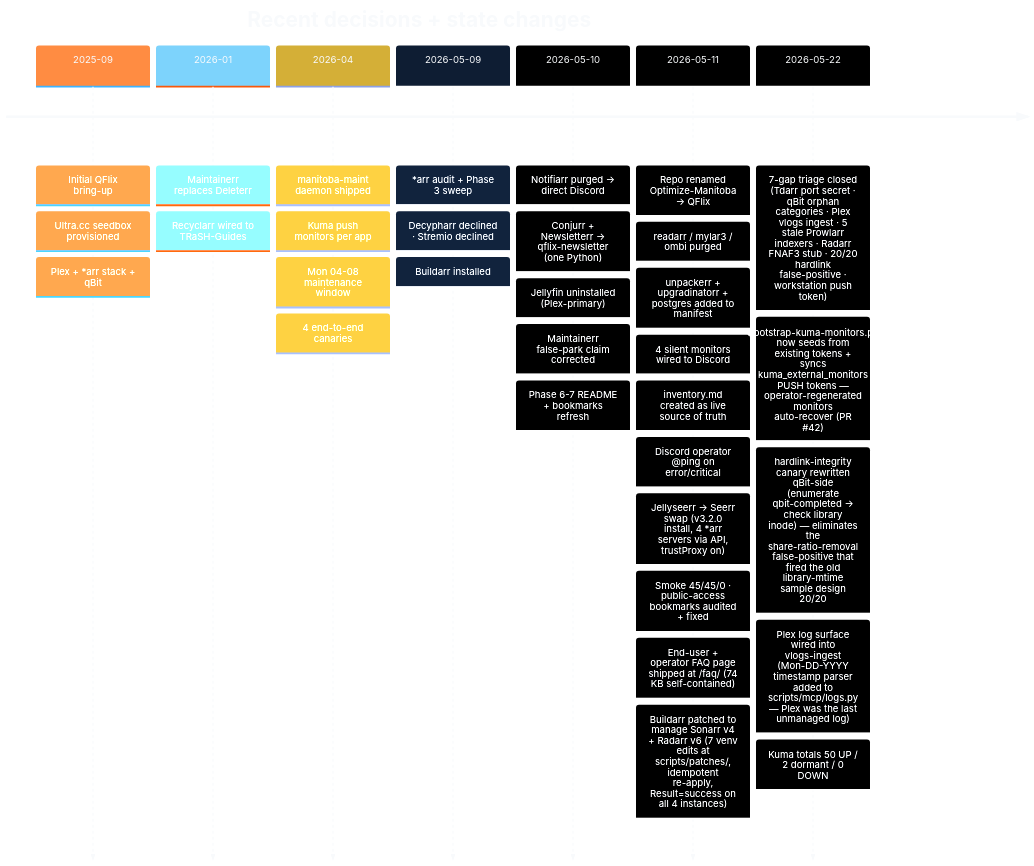
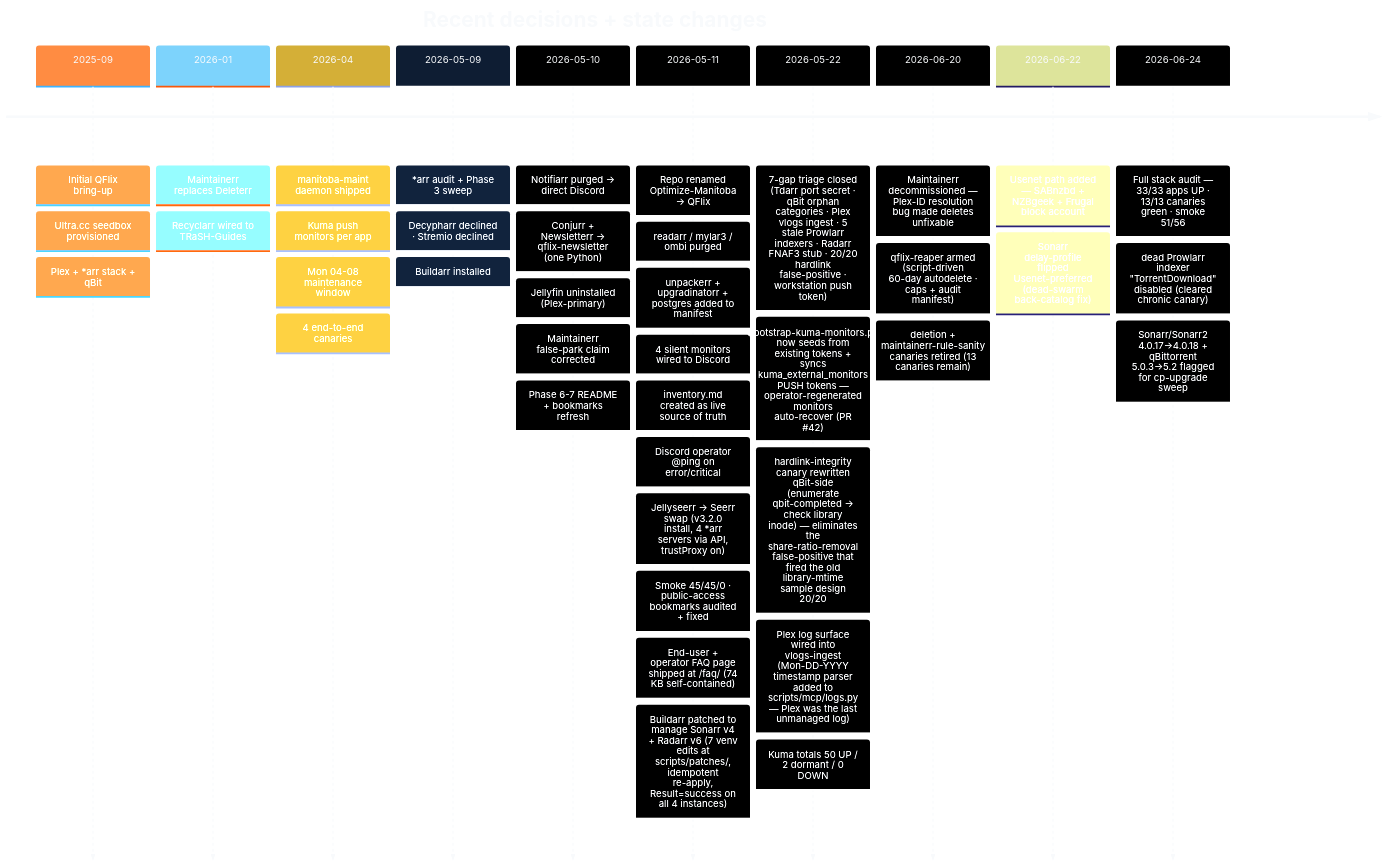
The sixth of 6 diagrams in README.md (Quadstronaut/QFlix), drawn with Mermaid before and after one commit. The commit also changed other lines of this file and 5 other files, not shown here.

First line of the commit message:
docs(audit): full-stack audit 2026-06-24 — green the prowlarr canary, finish Maintainerr→reaper, fix counts

````diff
--- a/README.md
+++ b/README.md
@@ -246,37 +245,45 @@
 ```mermaid
 %%{init: {'theme':'base','themeVariables':{'primaryColor':'#0e1d33','primaryTextColor':'#f8fafc','primaryBorderColor':'#ff8c42','lineColor':'#7dd3fc','secondaryColor':'#05101f','tertiaryColor':'#0a1628','cScale0':'#ff8c42','cScale1':'#7dd3fc','cScale2':'#d4af37','cScale3':'#0e1d33','fontFamily':'Segoe UI, Roboto, sans-serif'}}}%%
 timeline
   title Recent decisions + state changes
   2025-09 : Initial QFlix bring-up
           : Ultra.cc seedbox provisioned
           : Plex + *arr stack + qBit
   2026-01 : Maintainerr replaces Deleterr
           : Recyclarr wired to TRaSH-Guides
   2026-04 : manitoba-maint daemon shipped
           : Kuma push monitors per app
           : Mon 04-08 maintenance window
           : 4 end-to-end canaries
   2026-05-09 : *arr audit + Phase 3 sweep
             : Decypharr declined · Stremio declined
             : Buildarr installed
   2026-05-10 : Notifiarr purged → direct Discord
             : Conjurr + Newsletterr → qflix-newsletter (one Python)
             : Jellyfin uninstalled (Plex-primary)
             : Maintainerr false-park claim corrected
             : Phase 6-7 README + bookmarks refresh
   2026-05-11 : Repo renamed Optimize-Manitoba → QFlix
             : readarr / mylar3 / ombi purged
             : unpackerr + upgradinatorr + postgres added to manifest
             : 4 silent monitors wired to Discord
             : inventory.md created as live source of truth
             : Discord operator @ping on error/critical
             : Jellyseerr → Seerr swap (v3.2.0 install, 4 *arr servers via API, trustProxy on)
             : Smoke 45/45/0 · public-access bookmarks audited + fixed
             : End-user + operator FAQ page shipped at /faq/ (74 KB self-contained)
             : Buildarr patched to manage Sonarr v4 + Radarr v6 (7 venv edits at scripts/patches/, idempotent re-apply, Result=success on all 4 instances)
   2026-05-22 : 7-gap triage closed (Tdarr port secret · qBit orphan categories · Plex vlogs ingest · 5 stale Prowlarr indexers · Radarr FNAF3 stub · 20/20 hardlink false-positive · workstation push token)
             : bootstrap-kuma-monitors.py now seeds from existing tokens + syncs kuma_external_monitors PUSH tokens — operator-regenerated monitors auto-recover (PR #42)
             : hardlink-integrity canary rewritten qBit-side (enumerate qbit-completed → check library inode) — eliminates the share-ratio-removal false-positive that fired the old library-mtime sample design 20/20
             : Plex log surface wired into vlogs-ingest (Mon-DD-YYYY timestamp parser added to scripts/mcp/logs.py — Plex was the last unmanaged log)
             : Kuma totals 50 UP / 2 dormant / 0 DOWN
+  2026-06-20 : Maintainerr decommissioned — Plex-ID resolution bug made deletes unfixable
+            : qflix-reaper armed (script-driven 60-day autodelete · caps + audit manifest)
+            : deletion + maintainerr-rule-sanity canaries retired (13 canaries remain)
+  2026-06-22 : Usenet path added — SABnzbd + NZBgeek + Frugal block account
+            : Sonarr delay-profile flipped Usenet-preferred (dead-swarm back-catalog fix)
+  2026-06-24 : Full stack audit — 33/33 apps UP · 13/13 canaries green · smoke 51/56
+            : dead Prowlarr indexer "TorrentDownload" disabled (cleared chronic canary)
+            : Sonarr/Sonarr2 4.0.17→4.0.18 + qBittorrent 5.0.3→5.2 flagged for cp-upgrade sweep
 ```
````
